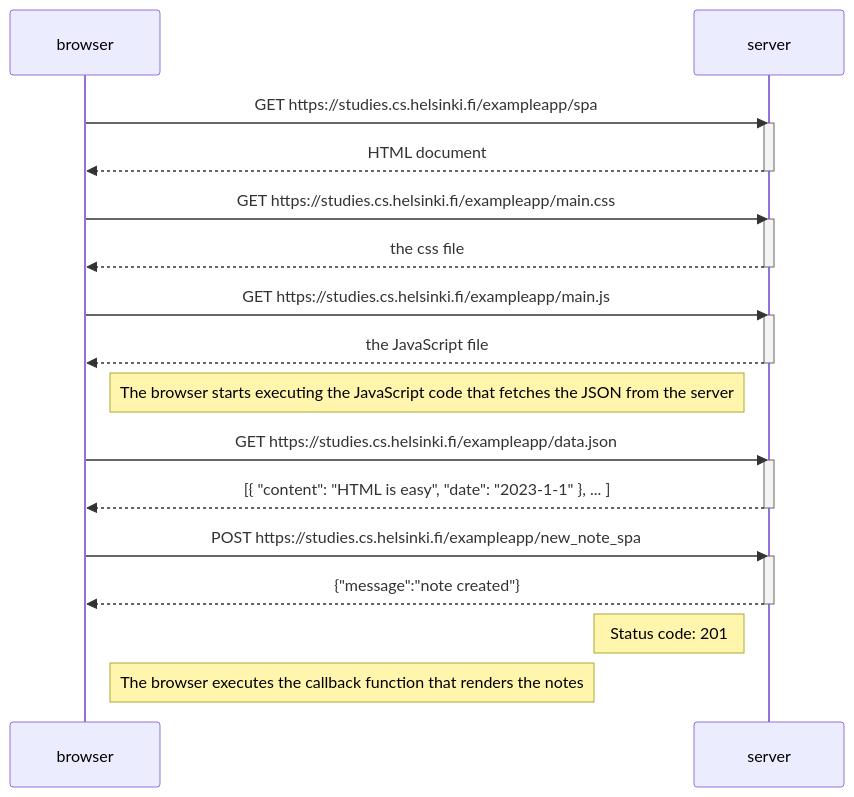
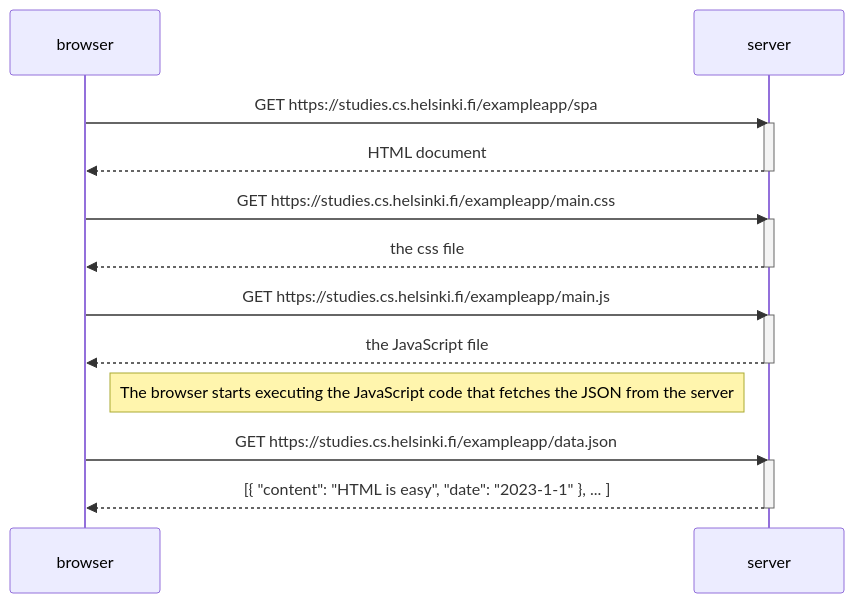
One commit to Qhuasar/FulllStack-Part-0 changed the diagram in ex_0.5.md. Above: the diagram before and after it, drawn with Mermaid.

Commit message:
Update ex_0.5.md
removed section that was suposed to be in exercise 0.6

````diff
--- a/ex_0.5.md
+++ b/ex_0.5.md
@@ -1,37 +1,28 @@
 ```mermaid
 sequenceDiagram
     participant browser
     participant server
     
     browser->>server: GET https://studies.cs.helsinki.fi/exampleapp/spa
     activate server
     server-->>browser: HTML document
     deactivate server
 
     browser->>server: GET https://studies.cs.helsinki.fi/exampleapp/main.css
     activate server
     server-->>browser: the css file
     deactivate server
 
     browser->>server: GET https://studies.cs.helsinki.fi/exampleapp/main.js
     activate server
     server-->>browser: the JavaScript file
     deactivate server
 
     Note right of browser: The browser starts executing the JavaScript code that fetches the JSON from the server
 
     browser->>server: GET https://studies.cs.helsinki.fi/exampleapp/data.json
     activate server
     server-->>browser: [{ "content": "HTML is easy", "date": "2023-1-1" }, ... ]
     deactivate server
     
-    browser->>server: POST https://studies.cs.helsinki.fi/exampleapp/new_note_spa
-    activate server
-    server-->>browser: {"message":"note created"}
-    deactivate server
-    Note left of server: Status code: 201
-
-    
-
-    Note right of browser: The browser executes the callback function that renders the notes
 ```
````
